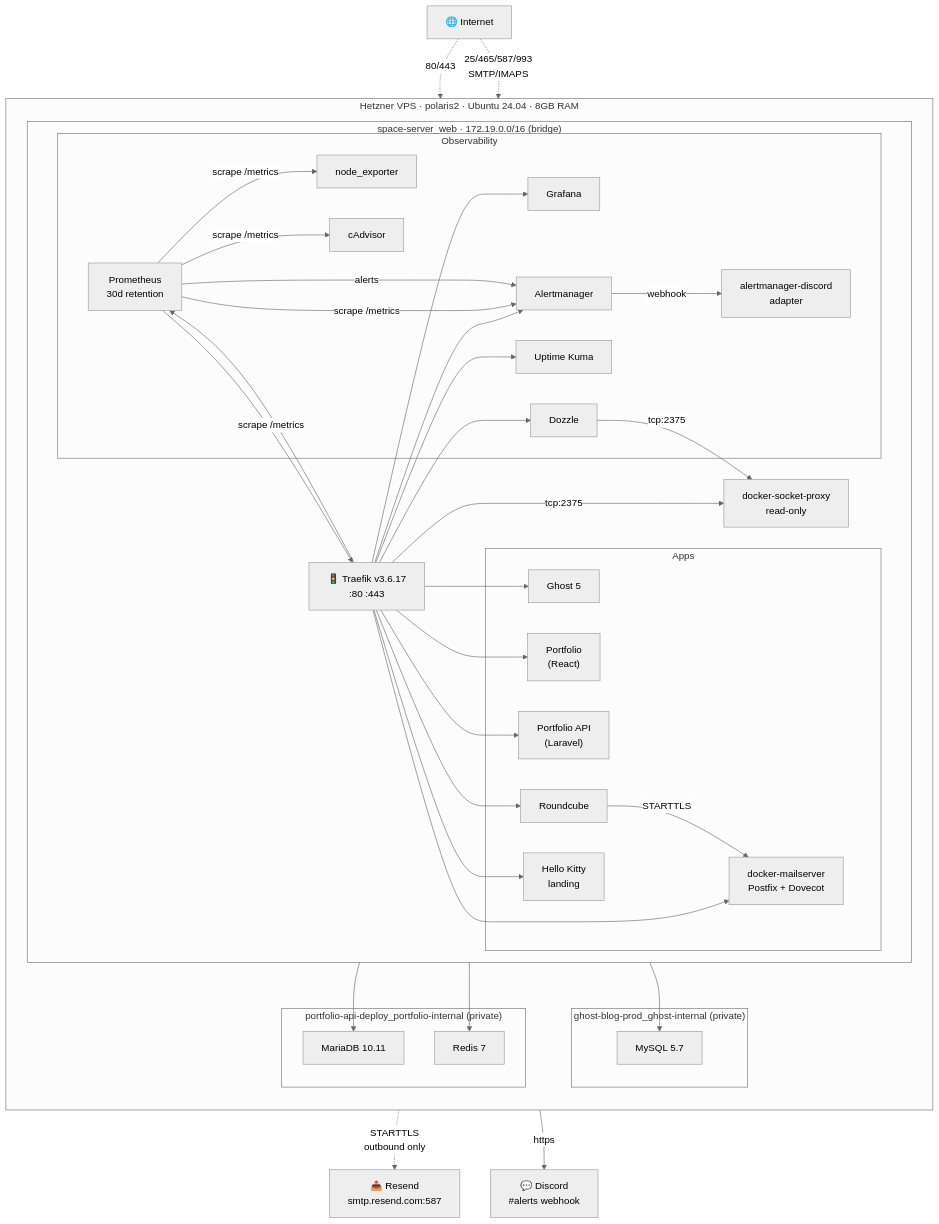
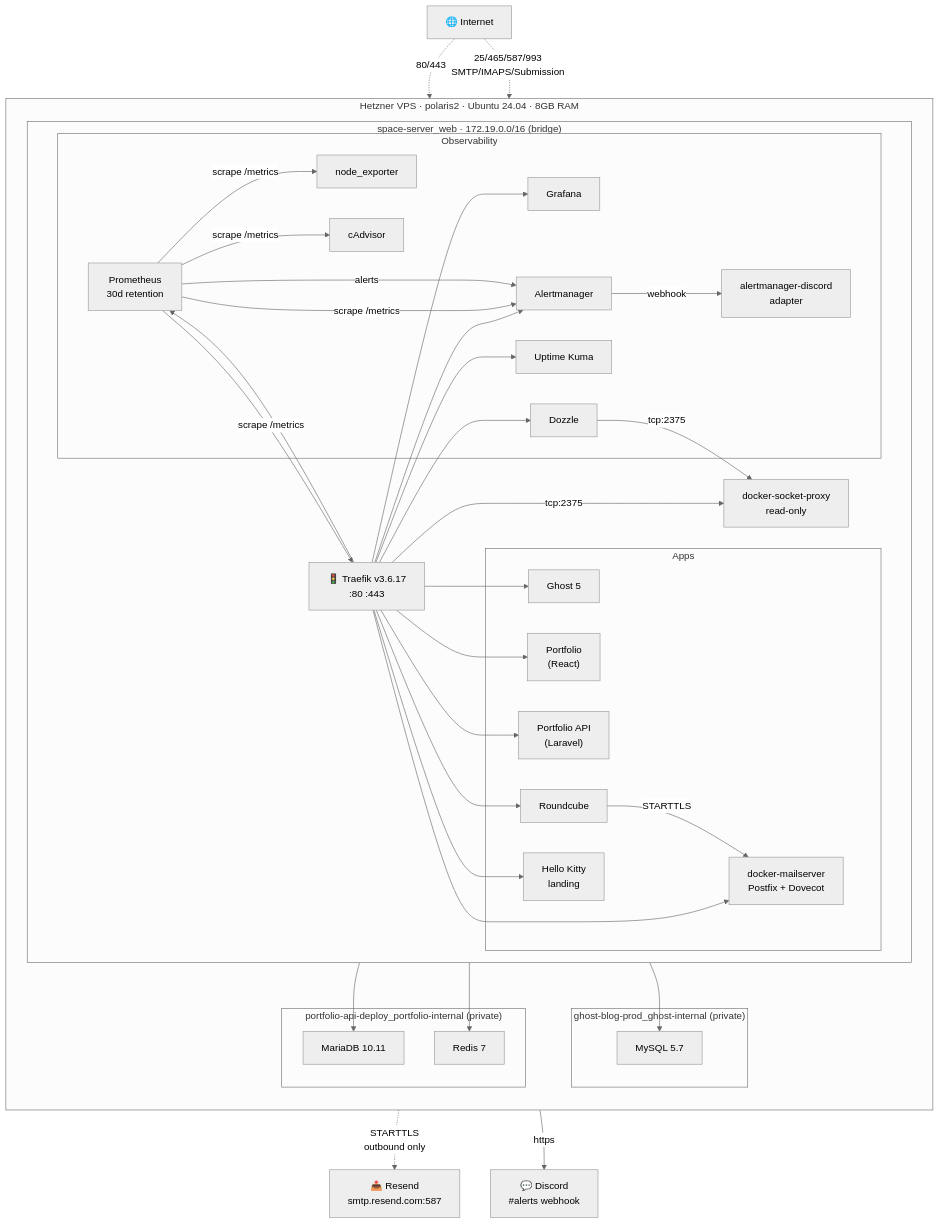
Before and after one commit to cativo23/space-server: the diagram in ARCHITECTURE.md, drawn with Mermaid (neutral theme). The commit also changed other lines of this file and 5 other files, not shown here.

````diff
--- a/ARCHITECTURE.md
+++ b/ARCHITECTURE.md
@@ -11,61 +11,61 @@
 ```mermaid
 graph TB
     Internet["🌐 Internet"]
     Resend["📤 Resend<br/>smtp.resend.com:587"]
     Discord["💬 Discord<br/>#alerts webhook"]
 
     subgraph polaris2["Hetzner VPS · polaris2 · Ubuntu 24.04 · 8GB RAM"]
         direction TB
 
         subgraph net_web["space-server_web · 172.19.0.0/16 (bridge)"]
             direction LR
             Traefik["🚦 Traefik v3.6.17<br/>:80 :443"]
             DProxy["docker-socket-proxy<br/>read-only"]
 
             subgraph apps["Apps"]
                 Ghost["Ghost 5"]
                 PFront["Portfolio<br/>(React)"]
                 PAPI["Portfolio API<br/>(Laravel)"]
                 Mail["docker-mailserver<br/>Postfix + Dovecot"]
                 Webmail["Roundcube"]
                 HKitty["Hello Kitty<br/>landing"]
             end
 
             subgraph obs["Observability"]
                 Prom["Prometheus<br/>30d retention"]
                 Node["node_exporter"]
                 CAdv["cAdvisor"]
                 AM["Alertmanager"]
                 AMD["alertmanager-discord<br/>adapter"]
                 Graf["Grafana"]
                 Kuma["Uptime Kuma"]
                 Doz["Dozzle"]
             end
         end
 
         subgraph net_ghost["ghost-blog-prod_ghost-internal (private)"]
             GhostDB["MySQL 5.7"]
         end
 
         subgraph net_port["portfolio-api-deploy_portfolio-internal (private)"]
             PMysql["MariaDB 10.11"]
             PRedis["Redis 7"]
         end
     end
 
     Internet -.->|"80/443"| Traefik
-    Internet -.->|"25/465/587/993<br/>SMTP/IMAPS"| Mail
+    Internet -.->|"25/465/587/993<br/>SMTP/IMAPS/Submission"| Mail
     Traefik -->|"tcp:2375"| DProxy
     Traefik --> Ghost & PFront & PAPI & Mail & Webmail & HKitty & Graf & Prom & AM & Kuma & Doz
     Ghost --> GhostDB
     PAPI --> PMysql
     PAPI --> PRedis
     Webmail -->|"STARTTLS"| Mail
     Mail -.->|"STARTTLS<br/>outbound only"| Resend
 
     Prom -->|"scrape /metrics"| Node & CAdv & Traefik & AM
     Prom -->|"alerts"| AM
     AM -->|"webhook"| AMD
     AMD -->|"https"| Discord
     Doz -->|"tcp:2375"| DProxy
 ```
````
